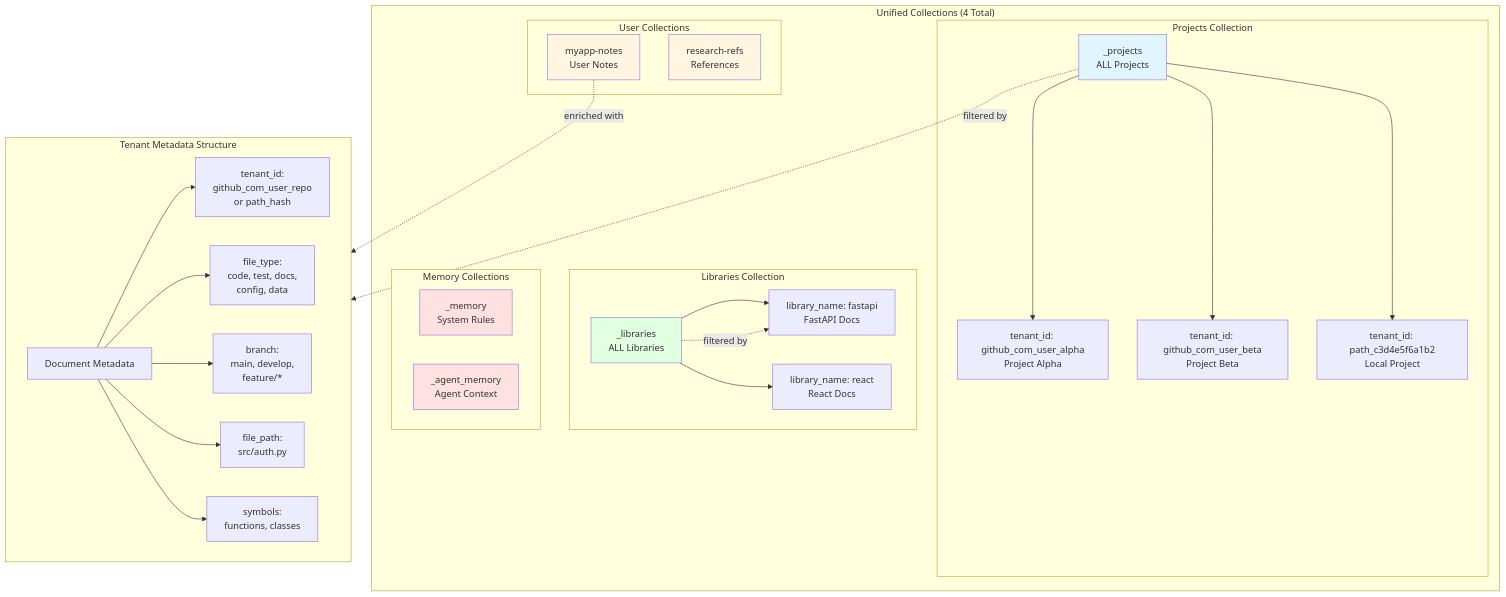
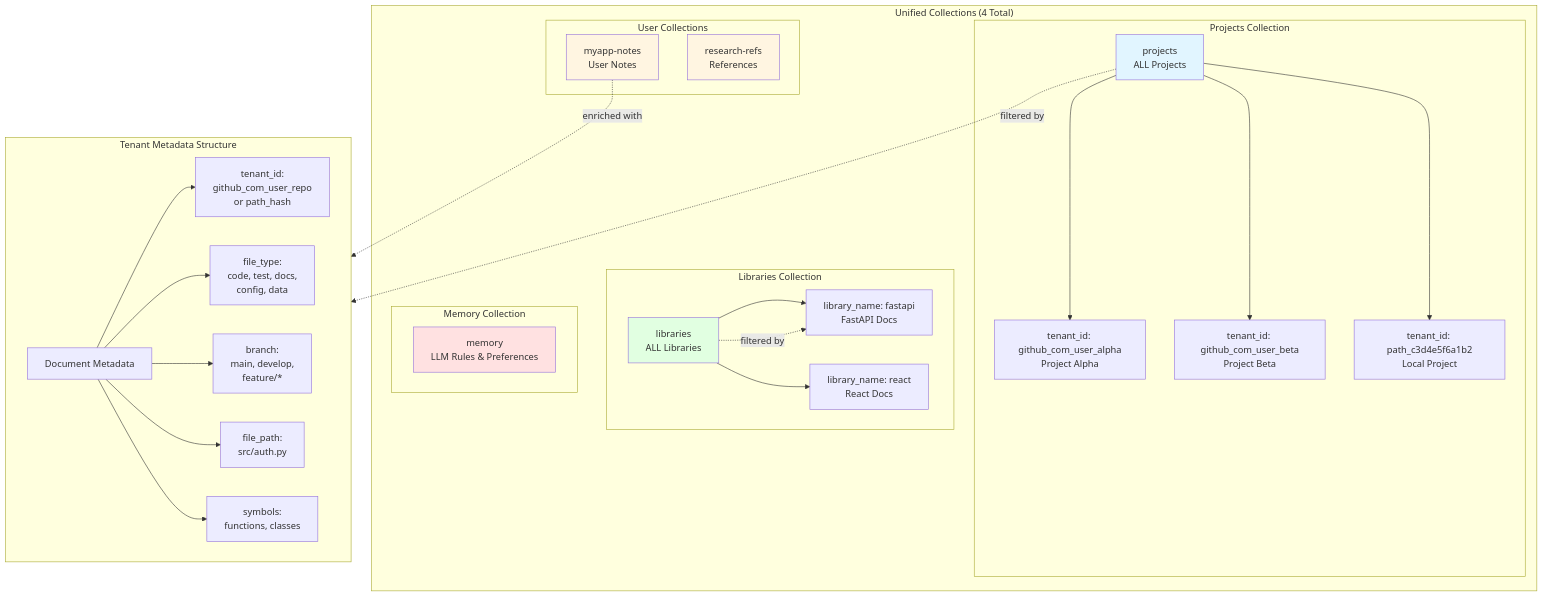
Before and after one commit to ChrisGVE/workspace-qdrant-mcp: the sixth of 13 diagrams in docs/ARCHITECTURE.md, drawn with Mermaid. The commit also changed other lines of this file and 1 other file, not shown here.

First line of the commit message:
docs: consolidate documentation and align with canonical architecture

````diff
--- a/docs/ARCHITECTURE.md
+++ b/docs/ARCHITECTURE.md
@@ -364,49 +366,47 @@
 ```mermaid
 graph TB
     subgraph "Unified Collections (4 Total)"
         subgraph "Projects Collection"
-            P[_projects<br/>ALL Projects]
+            P[projects<br/>ALL Projects]
             P --> PT1[tenant_id: github_com_user_alpha<br/>Project Alpha]
             P --> PT2[tenant_id: github_com_user_beta<br/>Project Beta]
             P --> PT3[tenant_id: path_c3d4e5f6a1b2<br/>Local Project]
         end
 
         subgraph "Libraries Collection"
-            L[_libraries<br/>ALL Libraries]
+            L[libraries<br/>ALL Libraries]
             L --> LT1[library_name: fastapi<br/>FastAPI Docs]
             L --> LT2[library_name: react<br/>React Docs]
         end
 
         subgraph "User Collections"
             U1[myapp-notes<br/>User Notes]
             U2[research-refs<br/>References]
         end
 
-        subgraph "Memory Collections"
-            M1[_memory<br/>System Rules]
-            M2[_agent_memory<br/>Agent Context]
+        subgraph "Memory Collection"
+            M1[memory<br/>LLM Rules & Preferences]
         end
     end
 
     subgraph "Tenant Metadata Structure"
         direction LR
         Meta[Document Metadata]
 
         Meta --> TID[tenant_id:<br/>github_com_user_repo<br/>or path_hash]
         Meta --> FT[file_type:<br/>code, test, docs,<br/>config, data]
         Meta --> BR[branch:<br/>main, develop,<br/>feature/*]
         Meta --> FP[file_path:<br/>src/auth.py]
         Meta --> SYM[symbols:<br/>functions, classes]
     end
 
     P -.->|filtered by| TID
     L -.->|filtered by| LT1
     U1 -.->|enriched with| TID
 
     style P fill:#e1f5ff
     style L fill:#e1ffe1
     style U1 fill:#fff5e1
     style U2 fill:#fff5e1
     style M1 fill:#ffe1e1
-    style M2 fill:#ffe1e1
 ```
````
